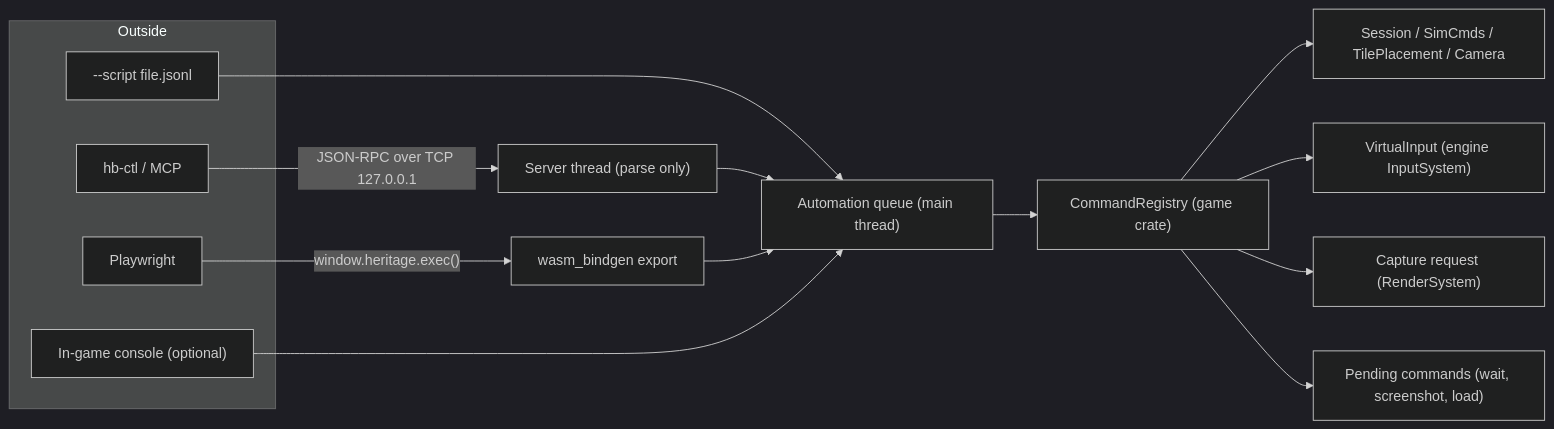
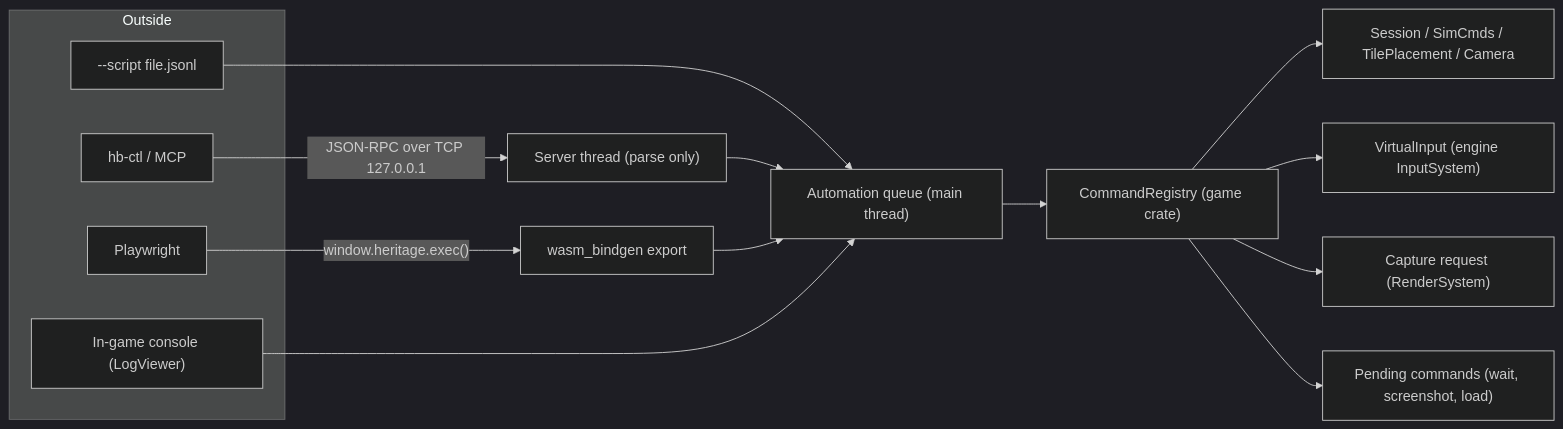
Before and after one commit to glampert/heritage-builder: the diagram in docs/plans/agent-automation.md, drawn with Mermaid (dark theme). The commit also changed other lines of this file, not shown here.

````diff
--- a/docs/plans/agent-automation.md
+++ b/docs/plans/agent-automation.md
@@ -67,20 +68,20 @@
 ```mermaid
 flowchart LR
   subgraph Outside
     A["--script file.jsonl"]
     B["hb-ctl / MCP"]
     C["Playwright"]
-    D["In-game console (optional)"]
+    D["In-game console (LogViewer)"]
   end
   B -- "JSON-RPC over TCP 127.0.0.1" --> T["Server thread (parse only)"]
   C -- "window.heritage.exec()" --> W["wasm_bindgen export"]
   A --> Q
   T --> Q
   W --> Q
   D --> Q
   Q["Automation queue (main thread)"] --> R["CommandRegistry (game crate)"]
   R --> S["Session / SimCmds / TilePlacement / Camera"]
   R --> V["VirtualInput (engine InputSystem)"]
   R --> P["Capture request (RenderSystem)"]
   R --> P2["Pending commands (wait, screenshot, load)"]
 ```
````
